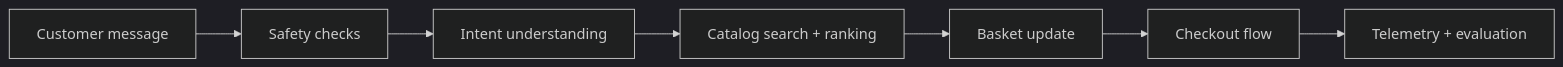
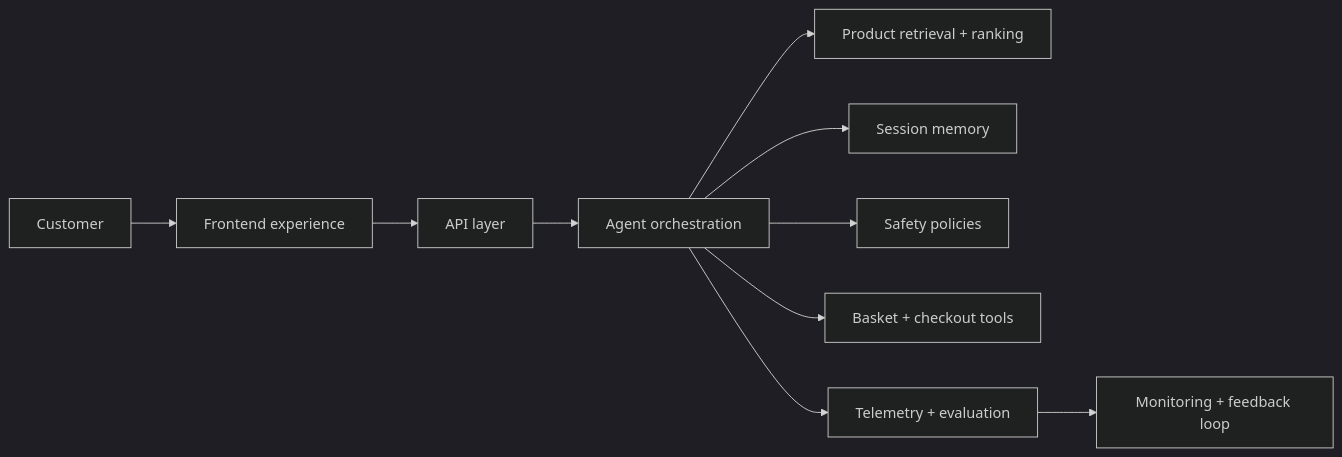
Before and after one commit to 1994-munk/Shopi_assistant: the diagram in README.md, drawn with Mermaid (dark theme). The commit also changed other lines of this file and 6 other files, not shown here.

````diff
--- a/README.md
+++ b/README.md
@@ -55,9 +44,12 @@
 ```mermaid
 flowchart LR
-  A[Customer message] --> B[Safety checks]
-  B --> C[Intent understanding]
-  C --> D[Catalog search + ranking]
-  D --> E[Basket update]
-  E --> F[Checkout flow]
-  F --> G[Telemetry + evaluation]
+  A[Customer] --> B[Frontend experience]
+  B --> C[API layer]
+  C --> D[Agent orchestration]
+  D --> E[Product retrieval + ranking]
+  D --> F[Session memory]
+  D --> G[Safety policies]
+  D --> H[Basket + checkout tools]
+  D --> I[Telemetry + evaluation]
+  I --> J[Monitoring + feedback loop]
 ```
````
